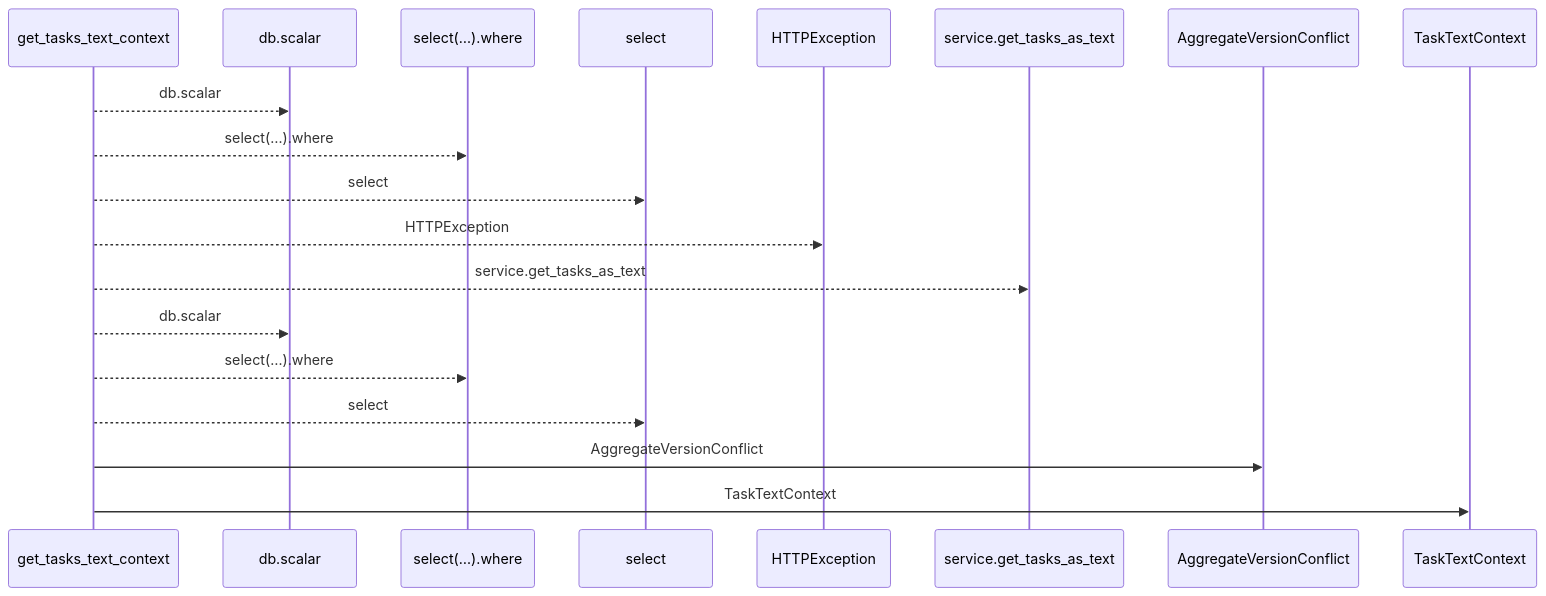
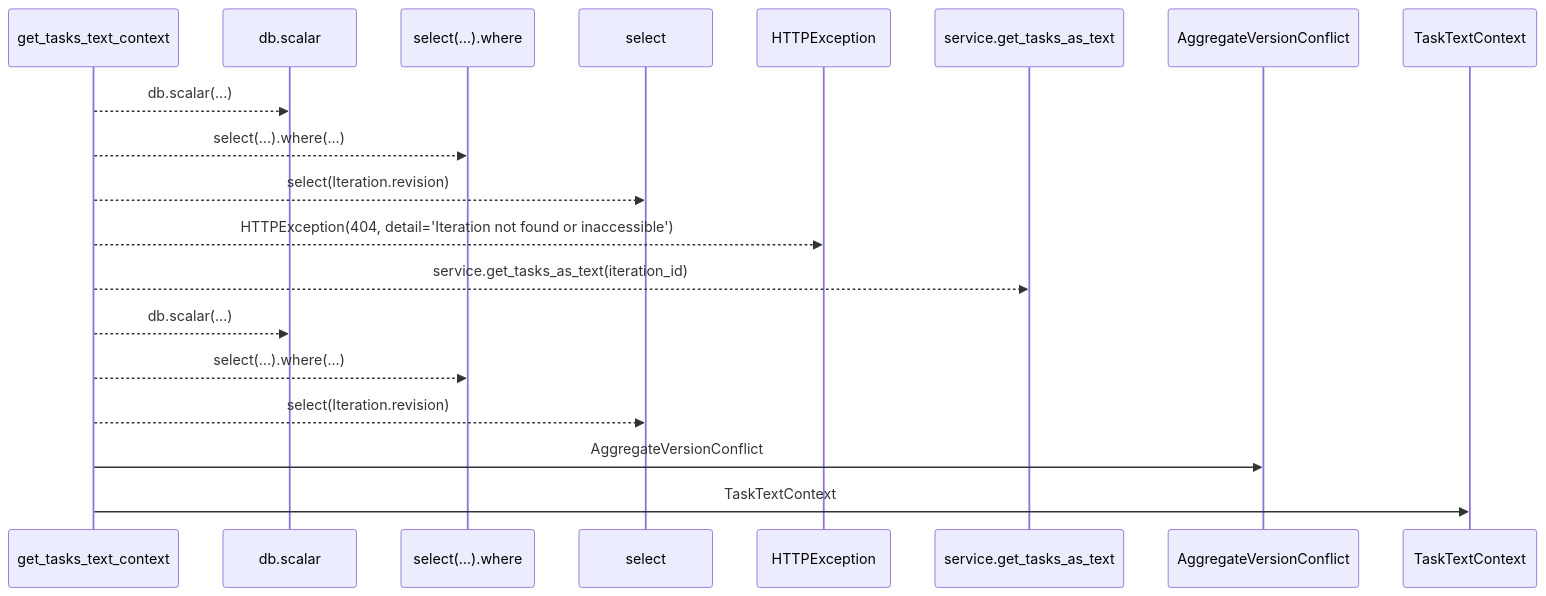
The first of 2 diagrams in docs/llm_wiki/flows/http-get_tasks_text_context.md (Denissvgn/WorkChord), drawn with Mermaid before and after one commit. The commit also changed other lines of this file and 25171 other files, not shown here.

````diff
--- a/docs/llm_wiki/flows/http-get_tasks_text_context.md
+++ b/docs/llm_wiki/flows/http-get_tasks_text_context.md
@@ -10,21 +12,21 @@
 ```mermaid
 sequenceDiagram
     participant p0 as get_tasks_text_context
     participant p1 as db.scalar
     participant p2 as select(…).where
     participant p3 as select
     participant p4 as HTTPException
     participant p5 as service.get_tasks_as_text
     participant p6 as AggregateVersionConflict
     participant p7 as TaskTextContext
-    p0-->>p1: db.scalar
-    p0-->>p2: select(…).where
-    p0-->>p3: select
-    p0-->>p4: HTTPException
-    p0-->>p5: service.get_tasks_as_text
-    p0-->>p1: db.scalar
-    p0-->>p2: select(…).where
-    p0-->>p3: select
+    p0-->>p1: db.scalar(...)
+    p0-->>p2: select(…).where(...)
+    p0-->>p3: select(Iteration.revision)
+    p0-->>p4: HTTPException(404, detail='Iteration not found or inaccessible')
+    p0-->>p5: service.get_tasks_as_text(iteration_id)
+    p0-->>p1: db.scalar(...)
+    p0-->>p2: select(…).where(...)
+    p0-->>p3: select(Iteration.revision)
     p0->>p6: AggregateVersionConflict
     p0->>p7: TaskTextContext
 ```
````
